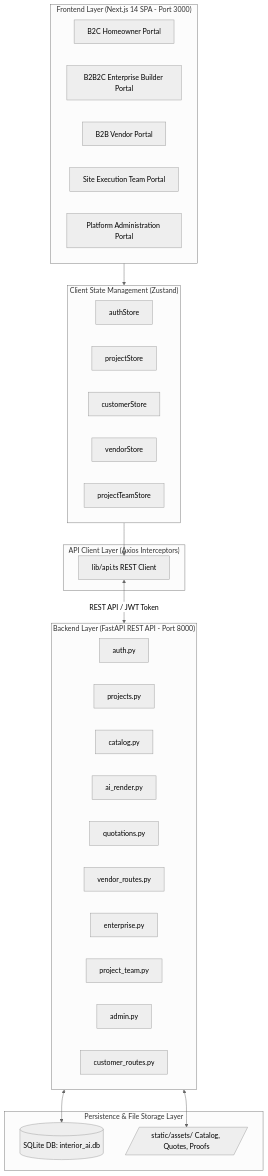
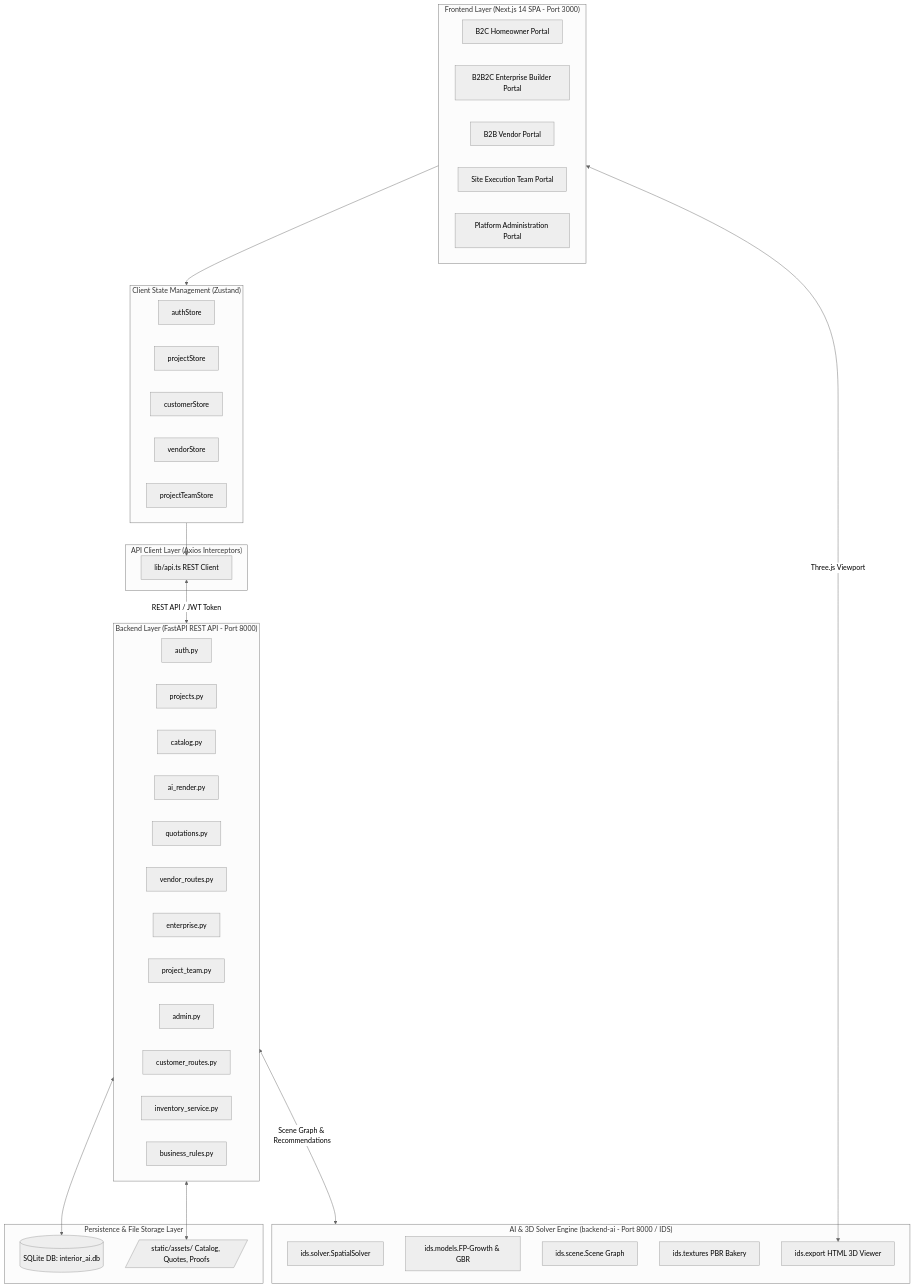
One commit to Vedant-Raju-Borker-2005/Interior_Design changed the first of 8 diagrams in ARCHITECTURE.md. Above: the diagram before and after it, drawn with Mermaid (neutral theme). The commit also changed other lines of this file and 4 other files, not shown here.

Commit message:
Update system architecture and AGENTS documentation across portals and backend-ai

````diff
--- a/ARCHITECTURE.md
+++ b/ARCHITECTURE.md
@@ -13,46 +13,58 @@
 ```mermaid
 graph TD
     subgraph ClientLayer ["Frontend Layer (Next.js 14 SPA - Port 3000)"]
         UI_Cust[B2C Homeowner Portal]
         UI_Ent[B2B2C Enterprise Builder Portal]
         UI_Vend[B2B Vendor Portal]
         UI_Team[Site Execution Team Portal]
         UI_Admin[Platform Administration Portal]
     end
 
     subgraph StateStore ["Client State Management (Zustand)"]
         ST_Auth[authStore]
         ST_Proj[projectStore]
         ST_Cust[customerStore]
         ST_Vend[vendorStore]
         ST_Team[projectTeamStore]
     end
 
     subgraph APILayer ["API Client Layer (Axios Interceptors)"]
         API_Client[lib/api.ts REST Client]
     end
 
     subgraph BackendEngine ["Backend Layer (FastAPI REST API - Port 8000)"]
         AUTH_ROUTER[auth.py]
         PROJ_ROUTER[projects.py]
         CAT_ROUTER[catalog.py]
         AI_ROUTER[ai_render.py]
         QUOTE_ROUTER[quotations.py]
         VEND_ROUTER[vendor_routes.py]
         ENT_ROUTER[enterprise.py]
         TEAM_ROUTER[project_team.py]
         ADMIN_ROUTER[admin.py]
         CUST_ROUTER[customer_routes.py]
+        SRV_INV[inventory_service.py]
+        SRV_RULES[business_rules.py]
+    end
+
+    subgraph AIEngine ["AI & 3D Solver Engine (backend-ai - Port 8000 / IDS)"]
+        SOLVER[ids.solver.SpatialSolver]
+        MODELS[ids.models.FP-Growth & GBR]
+        SCENE_MODEL[ids.scene.Scene Graph]
+        BAKERY[ids.textures PBR Bakery]
+        EXPORT_3D[ids.export HTML 3D Viewer]
     end
 
     subgraph StorageEngine ["Persistence & File Storage Layer"]
         DB[(SQLite DB: interior_ai.db)]
         PDF_STATIC[/static/assets/ Catalog, Quotes, Proofs/]
     end
 
     ClientLayer --> StateStore
     StateStore --> API_Client
     API_Client <-->|REST API / JWT Token| BackendEngine
+    ClientLayer <-->|Three.js Viewport| EXPORT_3D
     BackendEngine <--> DB
     BackendEngine <--> PDF_STATIC
+    BackendEngine <-->|Scene Graph & Recommendations| AIEngine
 ```
````
